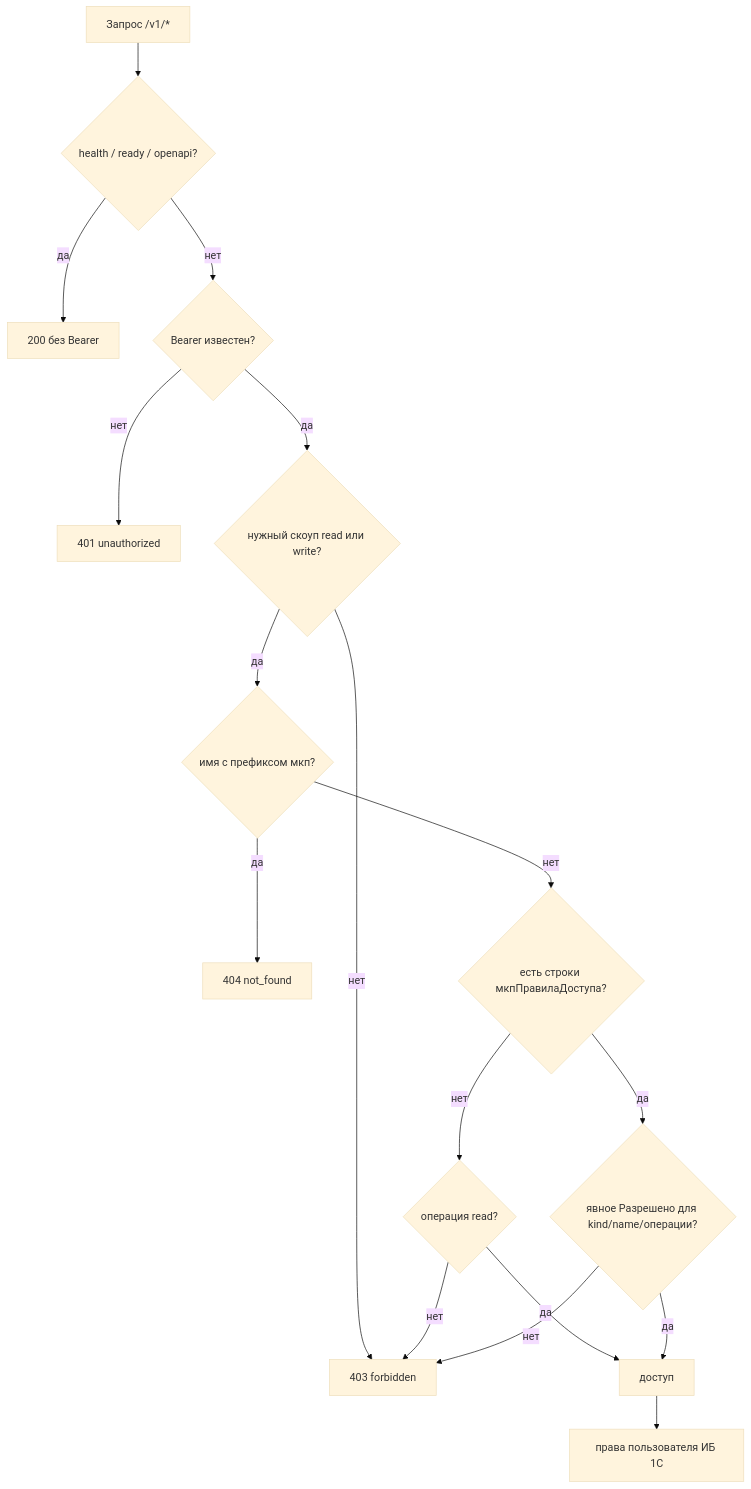
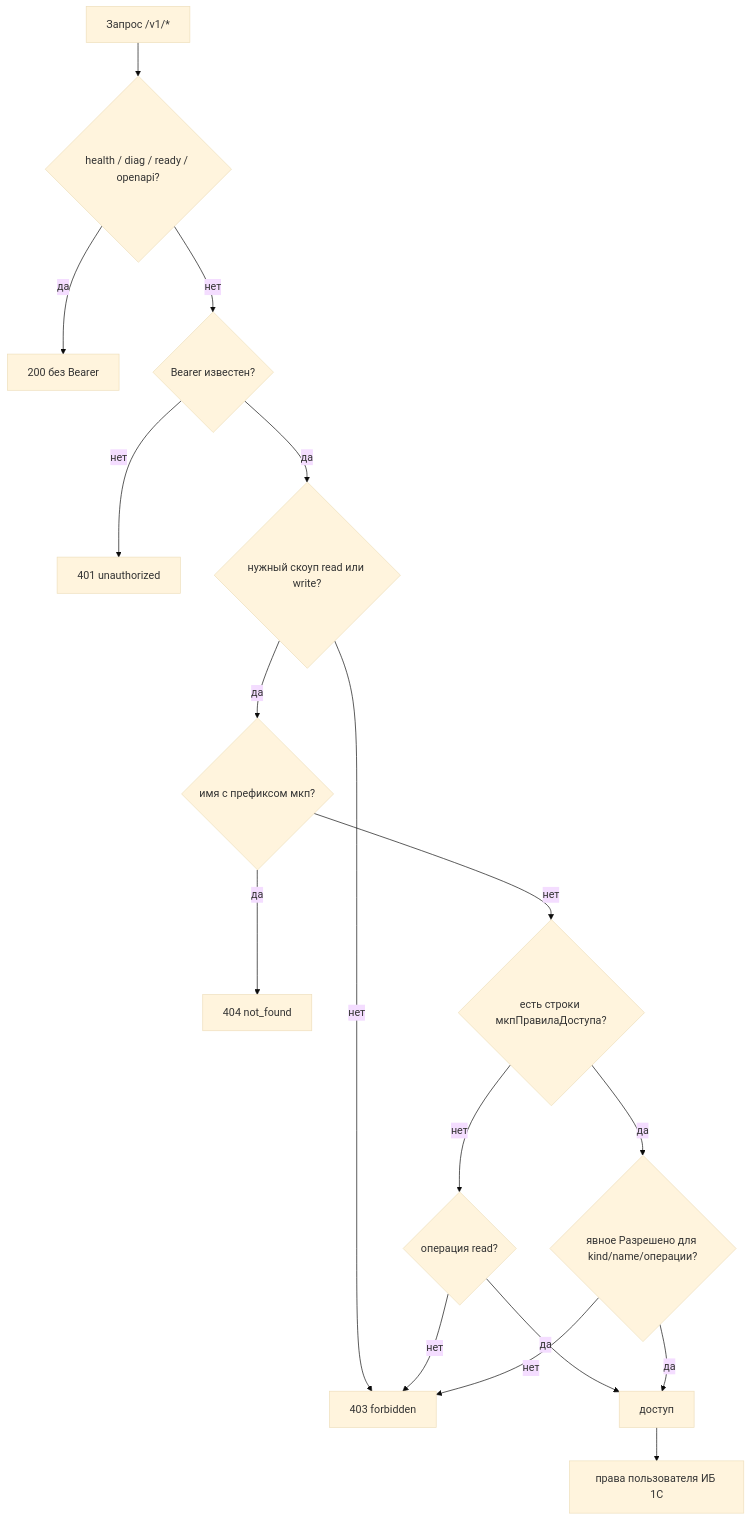
One commit to chastnik/1cmcp changed the fifth of 6 diagrams in README.md. Above: the diagram before and after it, drawn with Mermaid (base theme). The commit also changed other lines of this file and 44 other files, not shown here.

````diff
--- a/README.md
+++ b/README.md
@@ -175,19 +178,19 @@
 ```mermaid
 flowchart TD
-  Req["Запрос /v1/*"] --> Health{"health / ready / openapi?"}
+  Req["Запрос /v1/*"] --> Health{"health / diag / ready / openapi?"}
   Health -->|да| Ok["200 без Bearer"]
   Health -->|нет| Auth{"Bearer известен?"}
   Auth -->|нет| E401["401 unauthorized"]
   Auth -->|да| Scope{"нужный скоуп read или write?"}
   Scope -->|нет| E403["403 forbidden"]
   Scope -->|да| Hidden{"имя с префиксом мкп?"}
   Hidden -->|да| E404["404 not_found"]
   Hidden -->|нет| ACL{"есть строки мкпПравилаДоступа?"}
   ACL -->|нет| ReadOnly{"операция read?"}
   ReadOnly -->|да| Allow["доступ"]
   ReadOnly -->|нет| E403
   ACL -->|да| WL{"явное Разрешено для kind/name/операции?"}
   WL -->|да| Allow
   WL -->|нет| E403
   Allow --> Plat["права пользователя ИБ 1С"]
 ```
````
